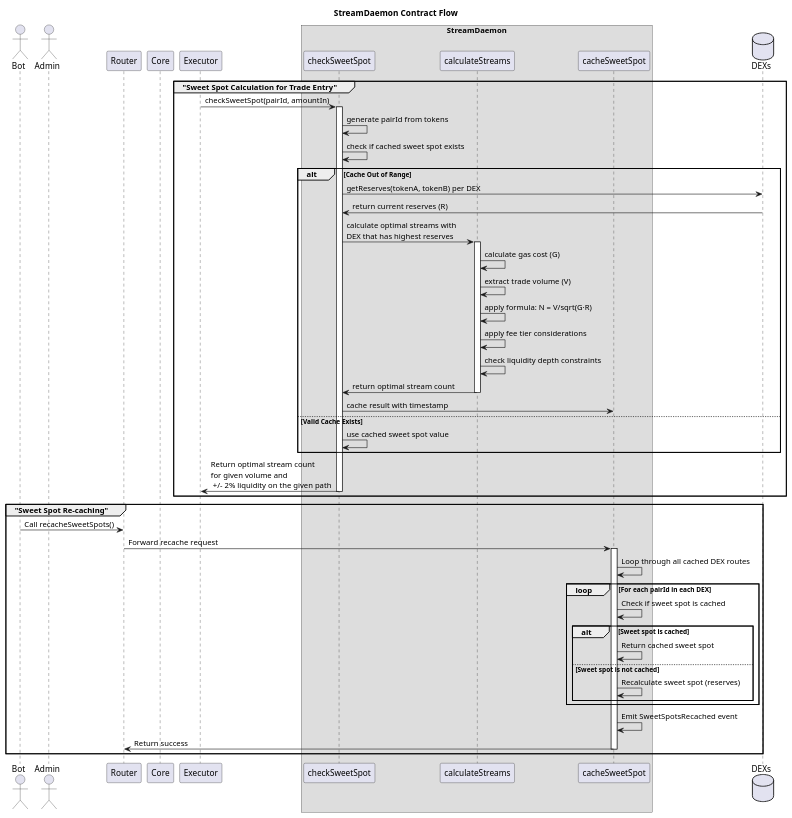
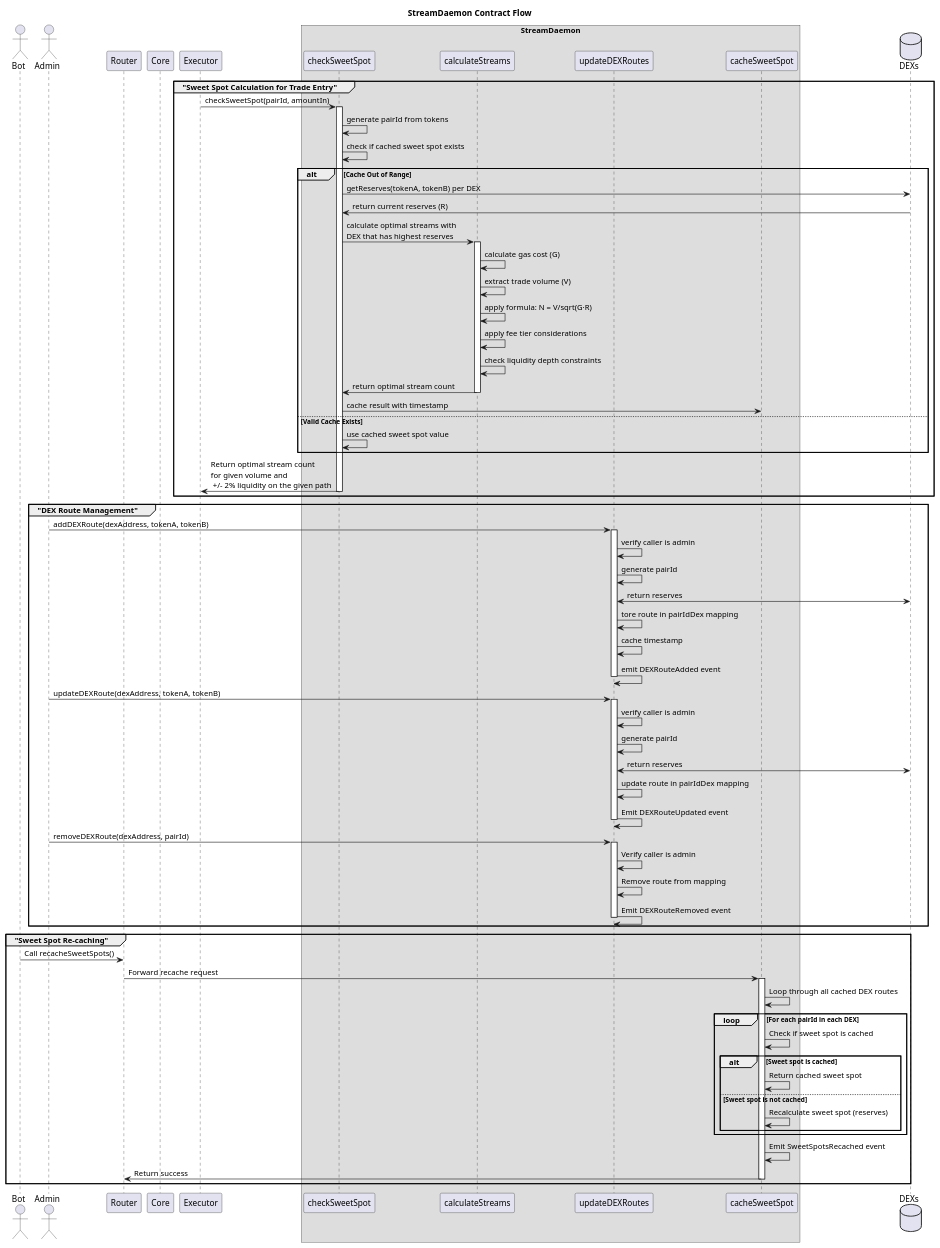
Before and after one commit to 1SLiquidity/core: the diagram in diagrams/contracts/StreamDaemon.sol.puml, drawn with PlantUML.

Commit message:
feat(arch): adding DEX route management to the StreamDaemon
summary: the initial version didnt feature proper handling for owner (eventually, DAO) management of authorised DEX routes. This arch version

```diff
--- a/diagrams/contracts/StreamDaemon.sol.puml
+++ b/diagrams/contracts/StreamDaemon.sol.puml
@@ -1,64 +1,93 @@
 @startuml StreamDaemon
 title StreamDaemon Contract Flow
 
 actor "Bot" as B
 actor "Admin" as A
 participant "Router" as R
 participant "Core" as C
 participant "Executor" as E
 box StreamDaemon
 participant "checkSweetSpot" as CSS
 participant "calculateStreams" as CS
+participant "updateDEXRoutes" as UDR
 participant "cacheSweetSpot" as CSP
 end box
 database "DEXs" as DEX
 
 group "Sweet Spot Calculation for Trade Entry"
   E -> CSS: checkSweetSpot(pairId, amountIn)
   activate CSS
   
   CSS -> CSS: generate pairId from tokens
   CSS -> CSS: check if cached sweet spot exists
   
   alt Cache Out of Range
     CSS -> DEX: getReserves(tokenA, tokenB) per DEX
     DEX -> CSS: return current reserves (R)
     CSS -> CS: calculate optimal streams with\nDEX that has highest reserves
     activate CS
     CS -> CS: calculate gas cost (G)
     CS -> CS: extract trade volume (V)
     CS -> CS: apply formula: N = V/sqrt(G·R)
     CS -> CS: apply fee tier considerations
     CS -> CS: check liquidity depth constraints
     CS -> CSS: return optimal stream count
     deactivate CS
     CSS -> CSP: cache result with timestamp
   else Valid Cache Exists
     CSS -> CSS: use cached sweet spot value
   end
   
   CSS -> E: Return optimal stream count\nfor given volume and\n +/- 2% liquidity on the given path
   deactivate CSS
 end
 
+group "DEX Route Management"
+  A -> UDR: addDEXRoute(dexAddress, tokenA, tokenB)
+  activate UDR
+  UDR -> UDR: verify caller is admin
+  UDR -> UDR: generate pairId
+  UDR <-> DEX: return reserves
+  UDR -> UDR: tore route in pairIdDex mapping
+  UDR -> UDR: cache timestamp
+  UDR -> UDR: emit DEXRouteAdded event
+  deactivate UDR
+  
+  A -> UDR: updateDEXRoute(dexAddress, tokenA, tokenB)
+  activate UDR
+  UDR -> UDR: verify caller is admin
+  UDR -> UDR: generate pairId
+  UDR <-> DEX: return reserves
+  UDR -> UDR: update route in pairIdDex mapping
+  UDR -> UDR: Emit DEXRouteUpdated event
+  deactivate UDR
+  
+  A -> UDR: removeDEXRoute(dexAddress, pairId)
+  activate UDR
+  UDR -> UDR: Verify caller is admin
+  UDR -> UDR: Remove route from mapping
+  UDR -> UDR: Emit DEXRouteRemoved event
+  deactivate UDR
+end
+
 group "Sweet Spot Re-caching"
   B -> R: Call recacheSweetSpots()
   R -> CSP: Forward recache request
   activate CSP
   
   CSP -> CSP: Loop through all cached DEX routes
   loop For each pairId in each DEX
     CSP -> CSP: Check if sweet spot is cached
     alt Sweet spot is cached
       CSP -> CSP: Return cached sweet spot
     else Sweet spot is not cached
       CSP -> CSP: Recalculate sweet spot (reserves)
     end
   end
   
   CSP -> CSP: Emit SweetSpotsRecached event
   CSP -> R: Return success
   deactivate CSP
 end
 
 @enduml
```
